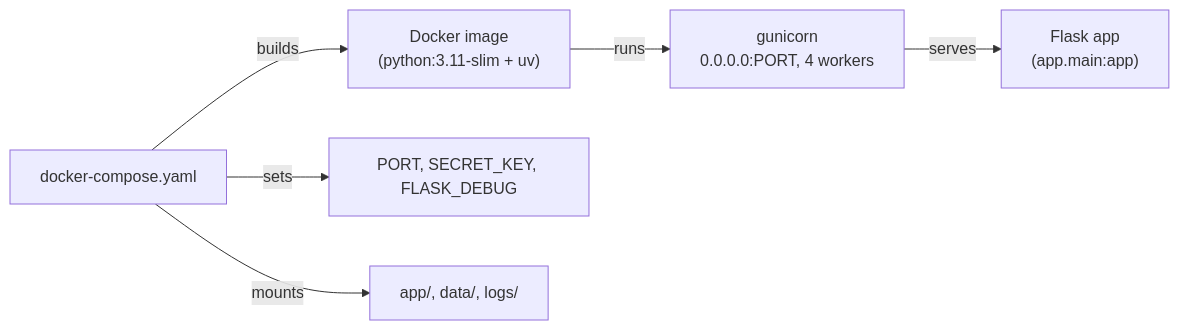
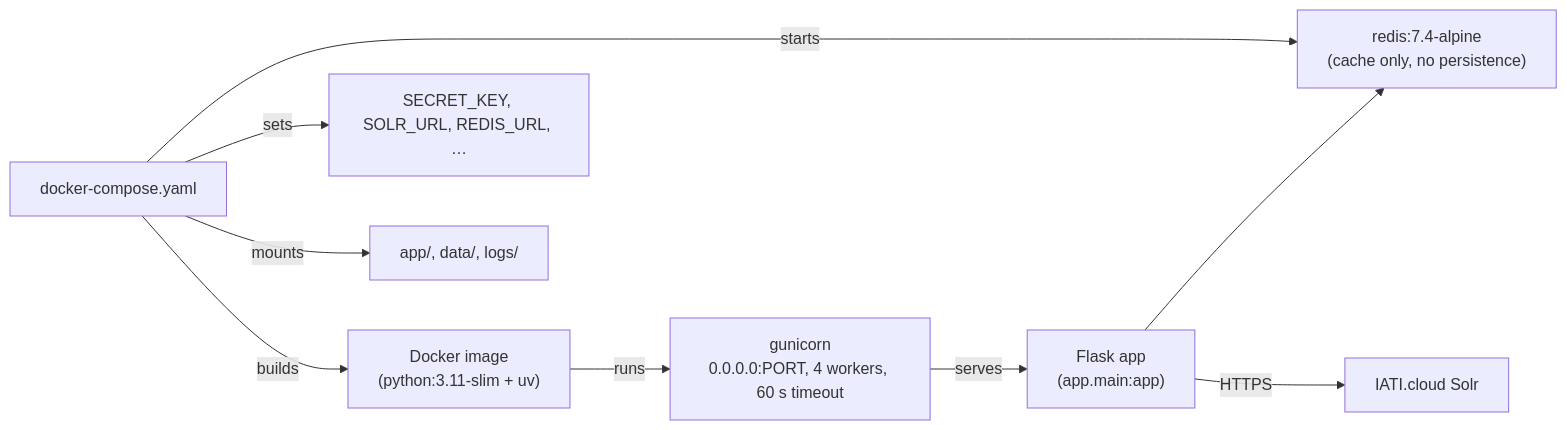
Before and after one commit to zimmerman-team/iati-cloud.dcma: the fifth of 5 diagrams in docs/DIAGRAMS.md, drawn with Mermaid. The commit also changed other lines of this file and 43 other files, not shown here.

````diff
--- a/docs/DIAGRAMS.md
+++ b/docs/DIAGRAMS.md
@@ -41,9 +111,12 @@
 ```mermaid
 graph LR
     compose["docker-compose.yaml"]
     compose -->|builds| image["Docker image<br/>(python:3.11-slim + uv)"]
-    compose -->|sets| env2["PORT, SECRET_KEY, FLASK_DEBUG"]
+    compose -->|starts| redis["redis:7.4-alpine<br/>(cache only, no persistence)"]
+    compose -->|sets| env2["SECRET_KEY, SOLR_URL, REDIS_URL, …"]
     compose -->|mounts| vols["app/, data/, logs/"]
-    image -->|runs| gunicorn["gunicorn<br/>0.0.0.0:PORT, 4 workers"]
+    image -->|runs| gunicorn["gunicorn<br/>0.0.0.0:PORT, 4 workers, 60 s timeout"]
     gunicorn -->|serves| flask["Flask app<br/>(app.main:app)"]
+    flask --> redis
+    flask -->|HTTPS| solr["IATI.cloud Solr"]
 ```
````
